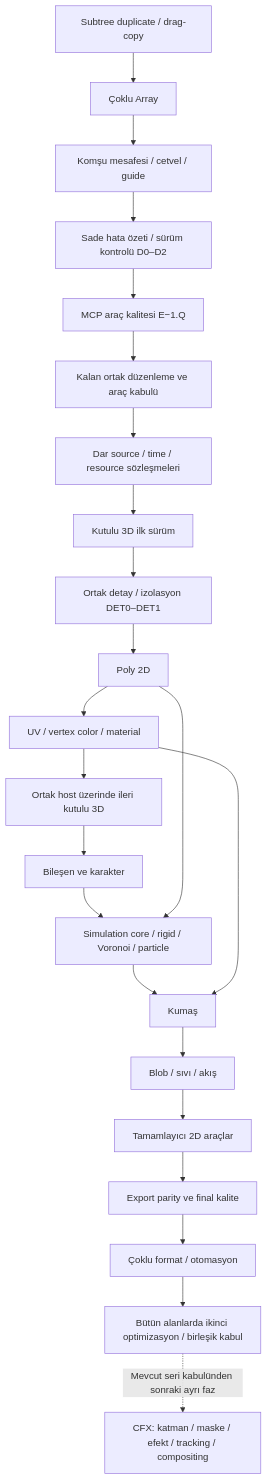
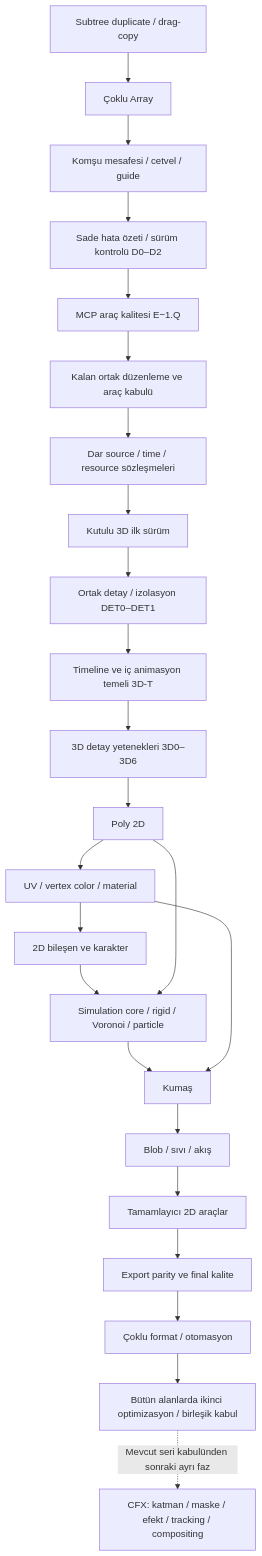
Before and after one commit to codie1982/chorono-editor: the diagram in docs/tr/production-2d-roadmap.md, drawn with Mermaid. The commit also changed other lines of this file and 685 other files, not shown here.

````diff
--- a/docs/tr/production-2d-roadmap.md
+++ b/docs/tr/production-2d-roadmap.md
@@ -94,25 +106,26 @@
 ```mermaid
 flowchart TD
     V4[Subtree duplicate / drag-copy] --> V5[Çoklu Array]
     V5 --> LAYOUT[Komşu mesafesi / cetvel / guide]
     LAYOUT --> DIAG[Sade hata özeti / sürüm kontrolü D0–D2]
     DIAG --> Q[MCP araç kalitesi E−1.Q]
     Q --> H[Kalan ortak düzenleme ve araç kabulü]
     H --> I[Dar source / time / resource sözleşmeleri]
     I --> B[Kutulu 3D ilk sürüm]
     B --> D[Ortak detay / izolasyon DET0–DET1]
-    D --> G[Poly 2D]
+    D --> TL[Timeline ve iç animasyon temeli 3D-T]
+    TL --> B2[3D detay yetenekleri 3D0–3D6]
+    B2 --> G[Poly 2D]
     G --> U[UV / vertex color / material]
-    U --> B2[Ortak host üzerinde ileri kutulu 3D]
-    B2 --> C[Bileşen ve karakter]
+    U --> C[2D bileşen ve karakter]
     C --> S[Simulation core / rigid / Voronoi / particle]
     G --> S
     S --> CL[Kumaş]
     U --> CL
     CL --> L[Blob / sıvı / akış]
     L --> T[Tamamlayıcı 2D araçlar]
     T --> E[Export parity ve final kalite]
     E --> M[Çoklu format / otomasyon]
     M --> O[Bütün alanlarda ikinci optimizasyon / birleşik kabul]
     O -. Mevcut seri kabulünden sonraki ayrı faz .-> F[CFX: katman / maske / efekt / tracking / compositing]
 ```
````
